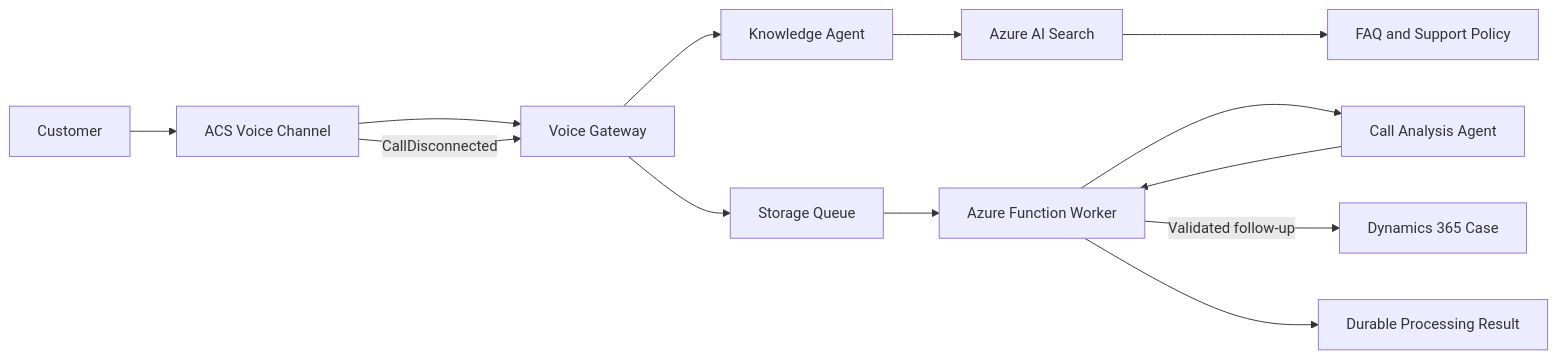
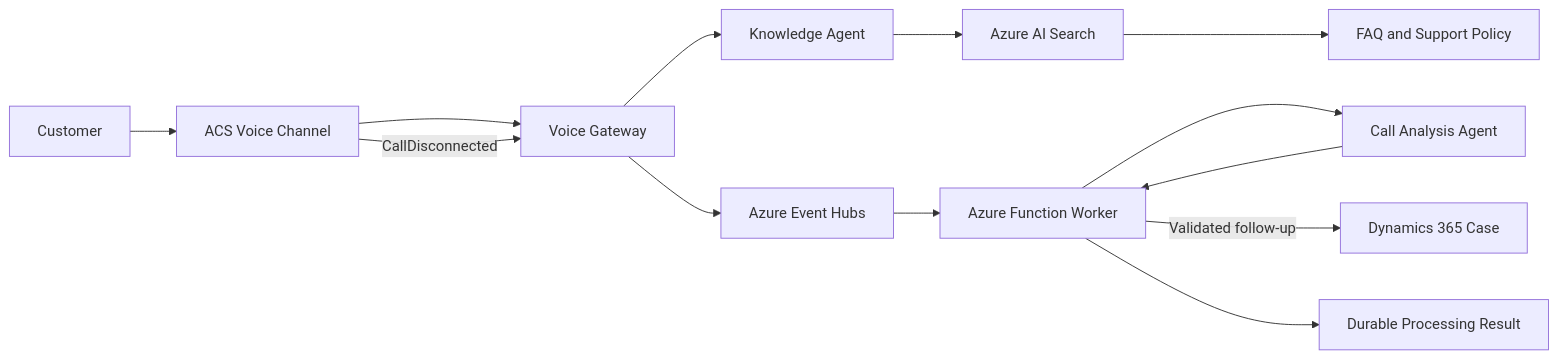
The diagram in docs/architecture/solution-architecture.md (Liminghao0922/workshop-intelligent-customer-operations), drawn with Mermaid before and after one commit. The commit also changed other lines of this file and 46 other files, not shown here.

````diff
--- a/docs/architecture/solution-architecture.md
+++ b/docs/architecture/solution-architecture.md
@@ -5,15 +5,15 @@
 ```mermaid
 flowchart LR
     Customer[Customer] --> ACS[ACS Voice Channel]
     ACS --> Gateway[Voice Gateway]
     Gateway --> Knowledge[Knowledge Agent]
     Knowledge --> Search[Azure AI Search]
     Search --> Sources[FAQ and Support Policy]
     ACS -->|CallDisconnected| Gateway
-    Gateway --> Queue[Storage Queue]
-    Queue --> Worker[Azure Function Worker]
+    Gateway --> EventHub[Azure Event Hubs]
+    EventHub --> Worker[Azure Function Worker]
     Worker --> Analysis[Call Analysis Agent]
     Analysis --> Worker
     Worker -->|Validated follow-up| Dynamics[Dynamics 365 Case]
     Worker --> Results[Durable Processing Result]
 ```
````
